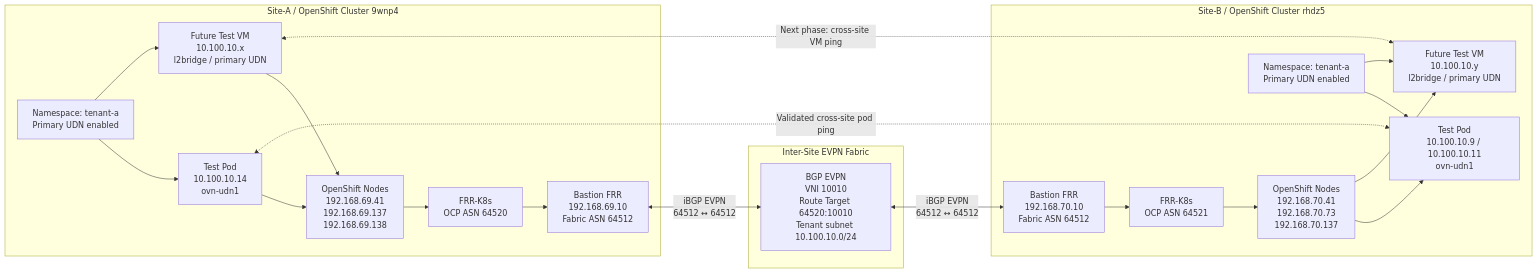
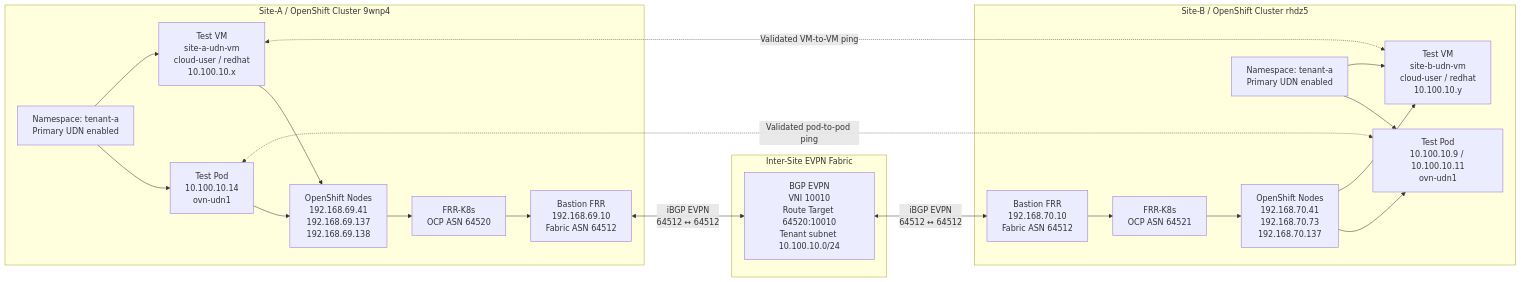
The diagram in README.md (waynedovey/ocp422-udn-evpn-lab), drawn with Mermaid before and after one commit. The commit also changed other lines of this file and 8 other files, not shown here.

Commit message:
Document VM UDN validation and confirm cloud-user login

````diff
--- a/README.md
+++ b/README.md
@@ -56,44 +55,44 @@
 ```mermaid
 flowchart LR
     subgraph SITEA["Site-A / OpenShift Cluster 9wnp4"]
         A_NS["Namespace: tenant-a<br/>Primary UDN enabled"]
         A_POD["Test Pod<br/>10.100.10.14<br/>ovn-udn1"]
-        A_VM["Future Test VM<br/>10.100.10.x<br/>l2bridge / primary UDN"]
+        A_VM["Test VM<br/>site-a-udn-vm<br/>cloud-user / redhat<br/>10.100.10.x"]
         A_NODES["OpenShift Nodes<br/>192.168.69.41<br/>192.168.69.137<br/>192.168.69.138"]
         A_FRRK8S["FRR-K8s<br/>OCP ASN 64520"]
         A_BASTION["Bastion FRR<br/>192.168.69.10<br/>Fabric ASN 64512"]
 
         A_NS --> A_POD
         A_NS --> A_VM
         A_POD --> A_NODES
         A_VM --> A_NODES
         A_NODES --> A_FRRK8S
         A_FRRK8S --> A_BASTION
     end
 
     subgraph EVPN["Inter-Site EVPN Fabric"]
         FABRIC["BGP EVPN<br/>VNI 10010<br/>Route Target 64520:10010<br/>Tenant subnet 10.100.10.0/24"]
     end
 
     subgraph SITEB["Site-B / OpenShift Cluster rhdz5"]
         B_BASTION["Bastion FRR<br/>192.168.70.10<br/>Fabric ASN 64512"]
         B_FRRK8S["FRR-K8s<br/>OCP ASN 64521"]
         B_NODES["OpenShift Nodes<br/>192.168.70.41<br/>192.168.70.73<br/>192.168.70.137"]
         B_NS["Namespace: tenant-a<br/>Primary UDN enabled"]
         B_POD["Test Pod<br/>10.100.10.9 / 10.100.10.11<br/>ovn-udn1"]
-        B_VM["Future Test VM<br/>10.100.10.y<br/>l2bridge / primary UDN"]
+        B_VM["Test VM<br/>site-b-udn-vm<br/>cloud-user / redhat<br/>10.100.10.y"]
 
         B_BASTION --> B_FRRK8S
         B_FRRK8S --> B_NODES
         B_NODES --> B_POD
         B_NODES --> B_VM
         B_NS --> B_POD
         B_NS --> B_VM
     end
 
     A_BASTION <-->|"iBGP EVPN<br/>64512 ↔ 64512"| FABRIC
     FABRIC <-->|"iBGP EVPN<br/>64512 ↔ 64512"| B_BASTION
 
-    A_POD <-. "Validated cross-site pod ping" .-> B_POD
-    A_VM <-. "Next phase: cross-site VM ping" .-> B_VM
+    A_POD <-. "Validated pod-to-pod ping" .-> B_POD
+    A_VM <-. "Validated VM-to-VM ping" .-> B_VM
 ```
````
